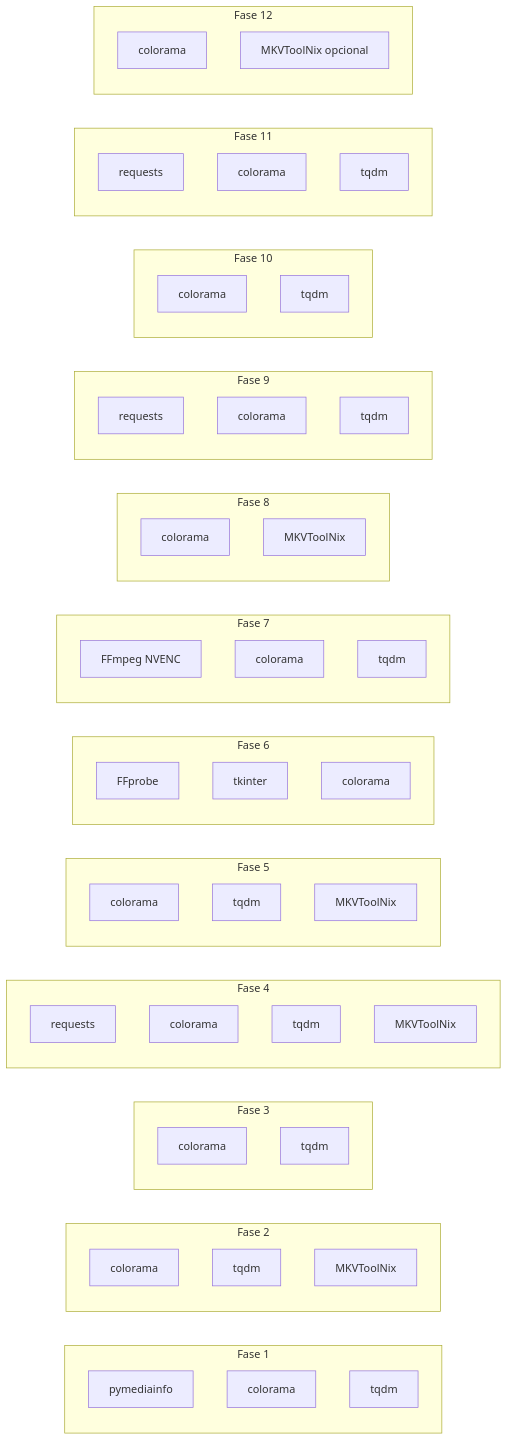
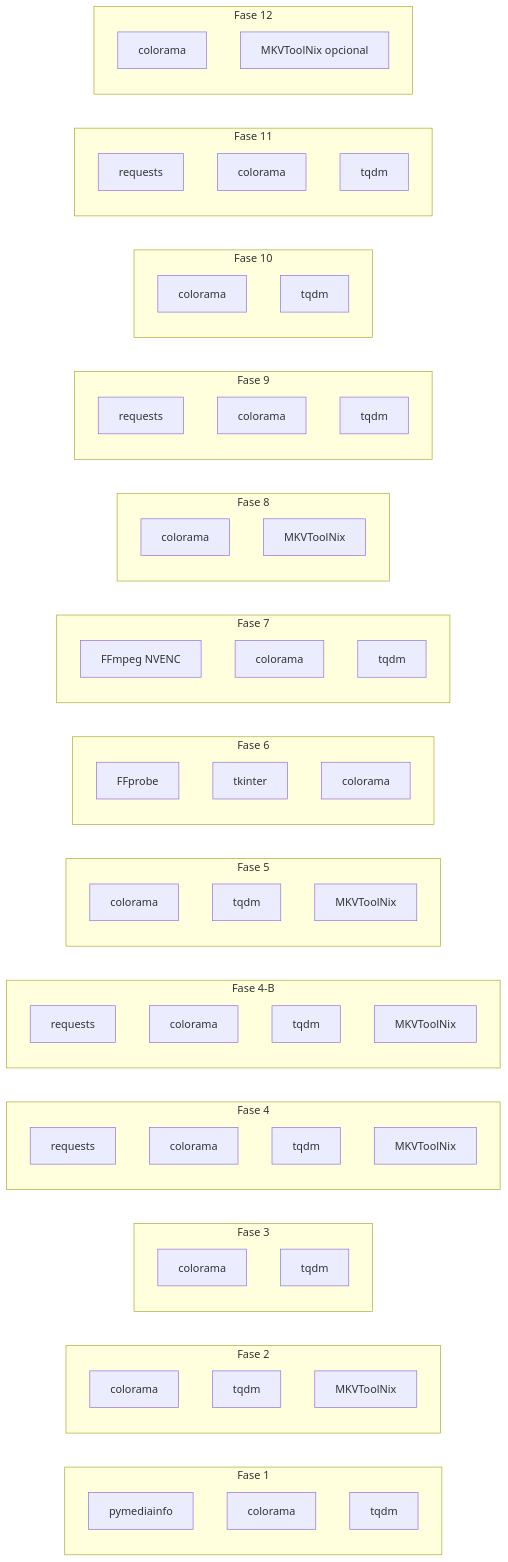
Before and after one commit to carmipa/projeto-tracker-animes-traducao: the diagram in docs/dependencias-python.md, drawn with Mermaid. The commit also changed other lines of this file and 22 other files, not shown here.

````diff
--- a/docs/dependencias-python.md
+++ b/docs/dependencias-python.md
@@ -58,71 +58,78 @@
 ```mermaid
 flowchart LR
     subgraph F1["Fase 1"]
         MI[pymediainfo]
         C1[colorama]
         T1[tqdm]
     end
 
     subgraph F2["Fase 2"]
         C2[colorama]
         T2[tqdm]
         MKVT2[MKVToolNix]
     end
 
     subgraph F3["Fase 3"]
         C3[colorama]
         T3[tqdm]
     end
 
     subgraph F4["Fase 4"]
         REQ[requests]
         C4[colorama]
         T4[tqdm]
         MKVT4[MKVToolNix]
+    end
+
+    subgraph F4B["Fase 4-B"]
+        REQ4B[requests]
+        C4B[colorama]
+        T4B[tqdm]
+        MKVT4B[MKVToolNix]
     end
 
     subgraph F5["Fase 5"]
         C5[colorama]
         T5[tqdm]
         MKVT5[MKVToolNix]
     end
 
     subgraph F6["Fase 6"]
         FF6[FFprobe]
         TK6[tkinter]
         C6[colorama]
     end
 
     subgraph F7["Fase 7"]
         FF7[FFmpeg NVENC]
         C7[colorama]
         T7[tqdm]
     end
 
     subgraph F8["Fase 8"]
         C8[colorama]
         MKVT8[MKVToolNix]
     end
 
     subgraph F9["Fase 9"]
         REQ9[requests]
         C9[colorama]
         T9[tqdm]
     end
 
     subgraph F10["Fase 10"]
         C10[colorama]
         T10[tqdm]
     end
 
     subgraph F11["Fase 11"]
         REQ11[requests]
         C11[colorama]
         T11[tqdm]
     end
 
     subgraph F12["Fase 12"]
         C12[colorama]
         MKVT12[MKVToolNix opcional]
     end
 ```
````
